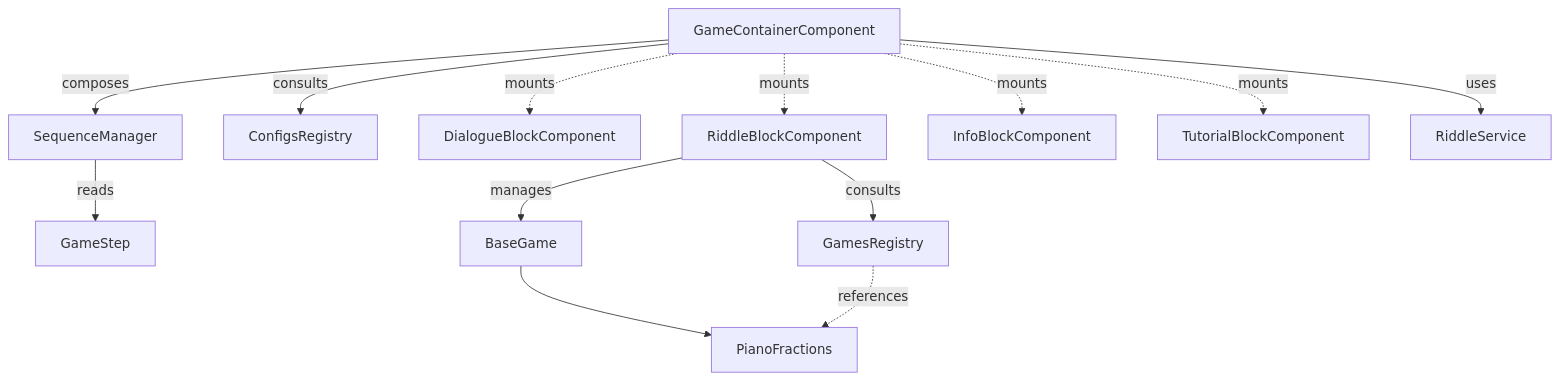
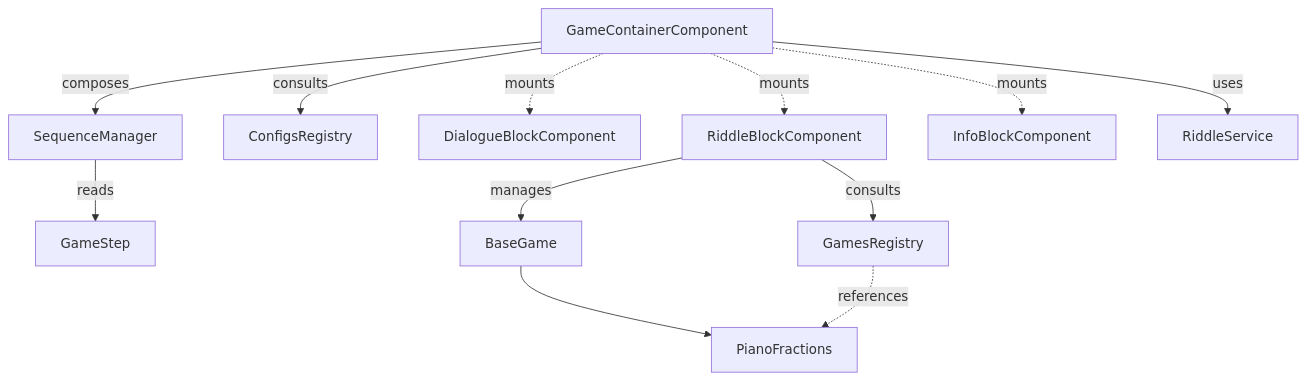
One commit to Vassili-REGNIER/matheopolis changed the diagram in .ai/architecture/frontend/game-engine.md. Above: the diagram before and after it, drawn with Mermaid. The commit also changed other lines of this file and 10 other files, not shown here.

First line of the commit message:
feat: implement practice mode for RiddleStep and enhance RiddleBlockComponent

````diff
--- a/.ai/architecture/frontend/game-engine.md
+++ b/.ai/architecture/frontend/game-engine.md
@@ -104,15 +105,14 @@
 ```mermaid
 flowchart TD
   GameContainerComponent -->|composes| SequenceManager
   SequenceManager -->|reads| GameStep
   GameContainerComponent -->|consults| ConfigsRegistry
   GameContainerComponent -.->|mounts| DialogueBlockComponent
   GameContainerComponent -.->|mounts| RiddleBlockComponent
   GameContainerComponent -.->|mounts| InfoBlockComponent
-  GameContainerComponent -.->|mounts| TutorialBlockComponent
   GameContainerComponent -->|uses| RiddleService
   RiddleBlockComponent -->|manages| BaseGame
   RiddleBlockComponent -->|consults| GamesRegistry
   BaseGame --> PianoFractions
   GamesRegistry -.->|references| PianoFractions
 ```
````
